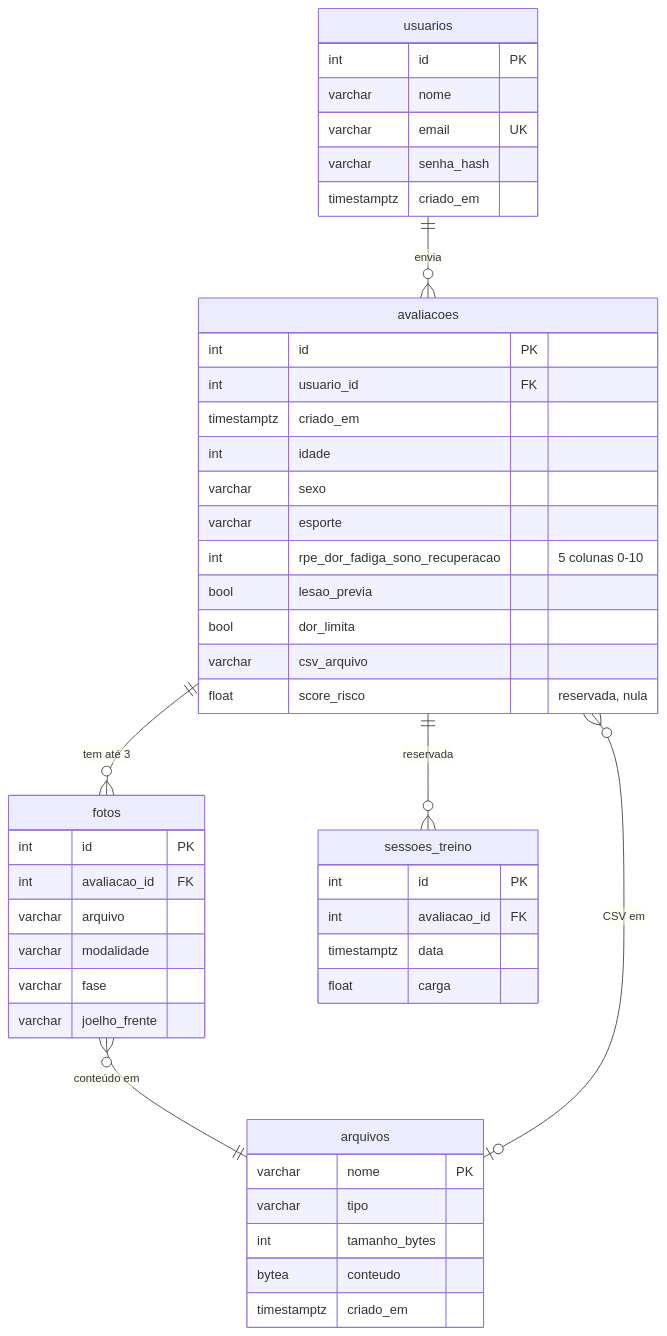
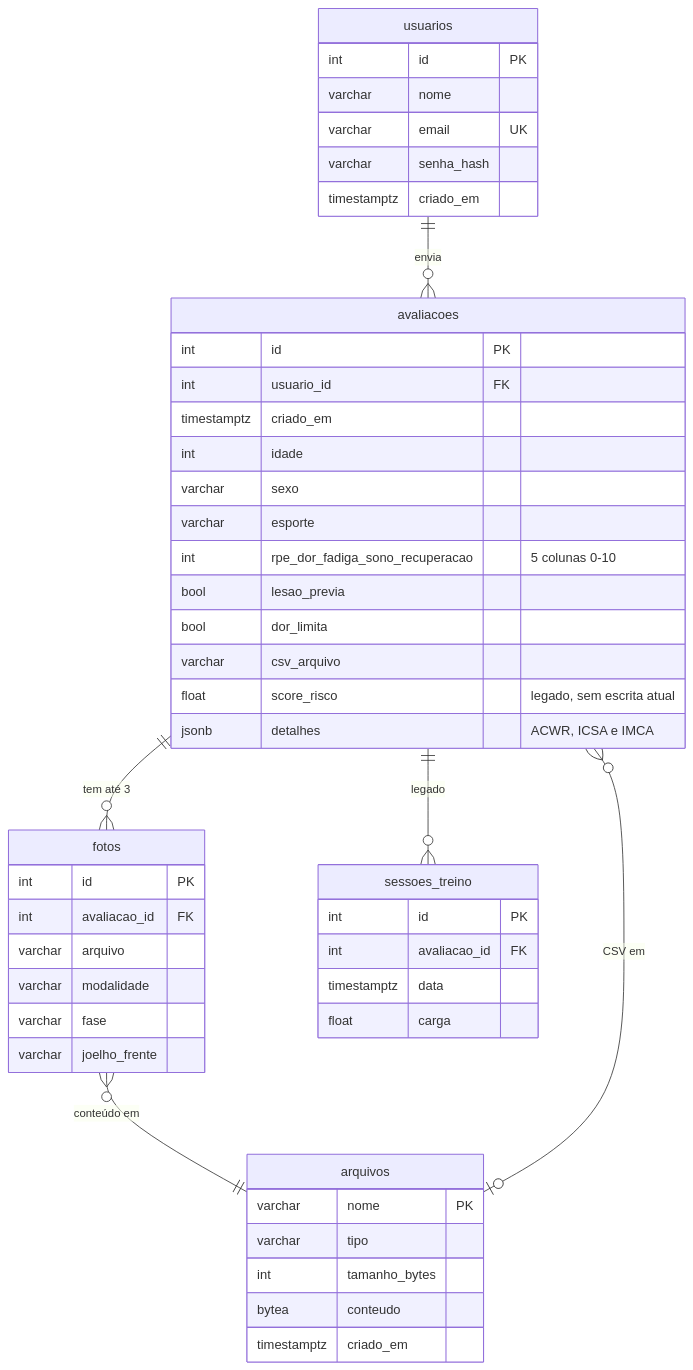
Before and after one commit to DaviMeiraV/Tcc-projeto: the diagram in docs/BANCO-DE-DADOS.md, drawn with Mermaid. The commit also changed other lines of this file and 20 other files, not shown here.

````diff
--- a/docs/BANCO-DE-DADOS.md
+++ b/docs/BANCO-DE-DADOS.md
@@ -14,50 +14,51 @@
 ```mermaid
 erDiagram
     usuarios ||--o{ avaliacoes : "envia"
     avaliacoes ||--o{ fotos : "tem até 3"
-    avaliacoes ||--o{ sessoes_treino : "reservada"
+    avaliacoes ||--o{ sessoes_treino : "legado"
     fotos }o--|| arquivos : "conteúdo em"
     avaliacoes }o--o| arquivos : "CSV em"
 
     usuarios {
         int id PK
         varchar nome
         varchar email UK
         varchar senha_hash
         timestamptz criado_em
     }
     avaliacoes {
         int id PK
         int usuario_id FK
         timestamptz criado_em
         int idade
         varchar sexo
         varchar esporte
         int rpe_dor_fadiga_sono_recuperacao "5 colunas 0-10"
         bool lesao_previa
         bool dor_limita
         varchar csv_arquivo
-        float score_risco "reservada, nula"
+        float score_risco "legado, sem escrita atual"
+        jsonb detalhes "ACWR, ICSA e IMCA"
     }
     fotos {
         int id PK
         int avaliacao_id FK
         varchar arquivo
         varchar modalidade
         varchar fase
         varchar joelho_frente
     }
     sessoes_treino {
         int id PK
         int avaliacao_id FK
         timestamptz data
         float carga
     }
     arquivos {
         varchar nome PK
         varchar tipo
         int tamanho_bytes
         bytea conteudo
         timestamptz criado_em
     }
 ```
````
